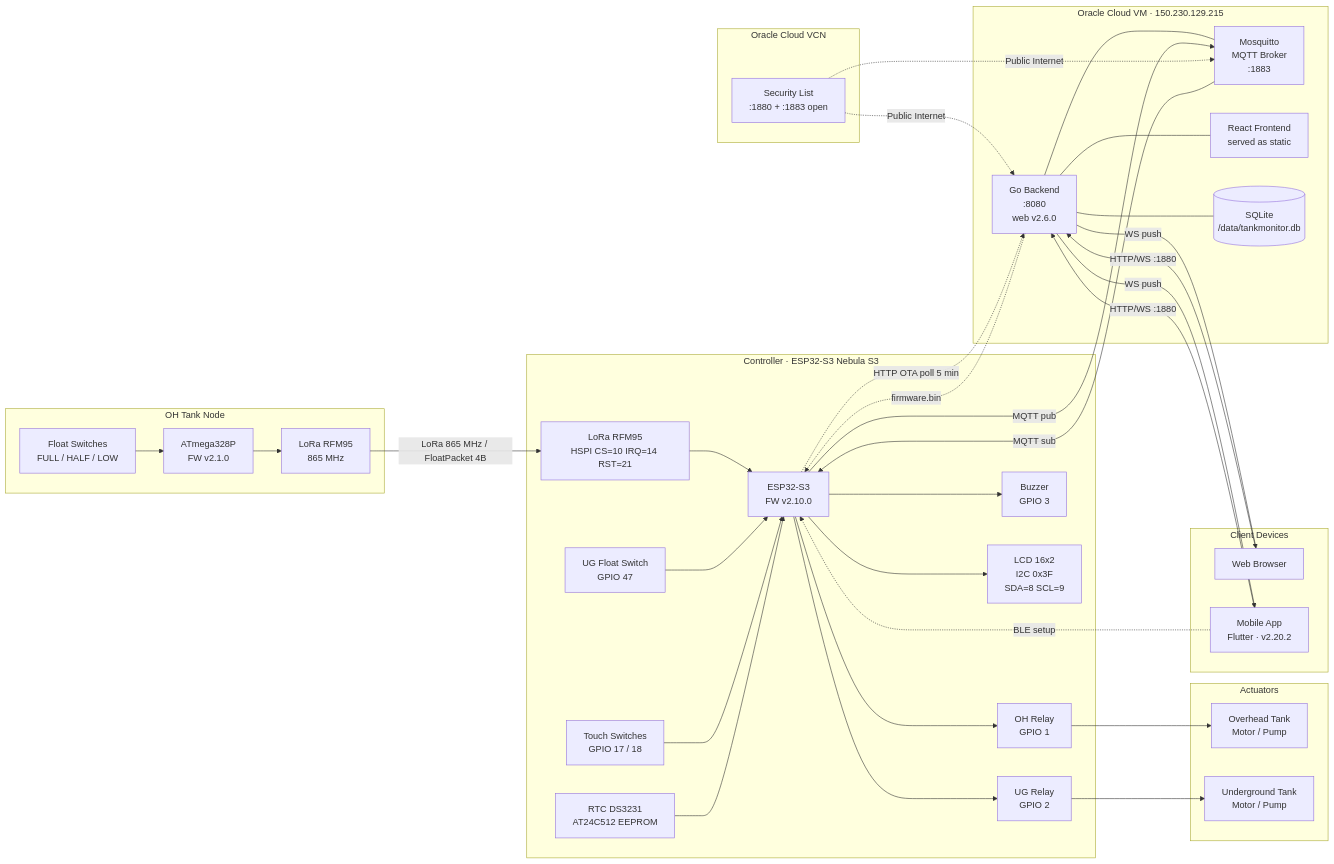
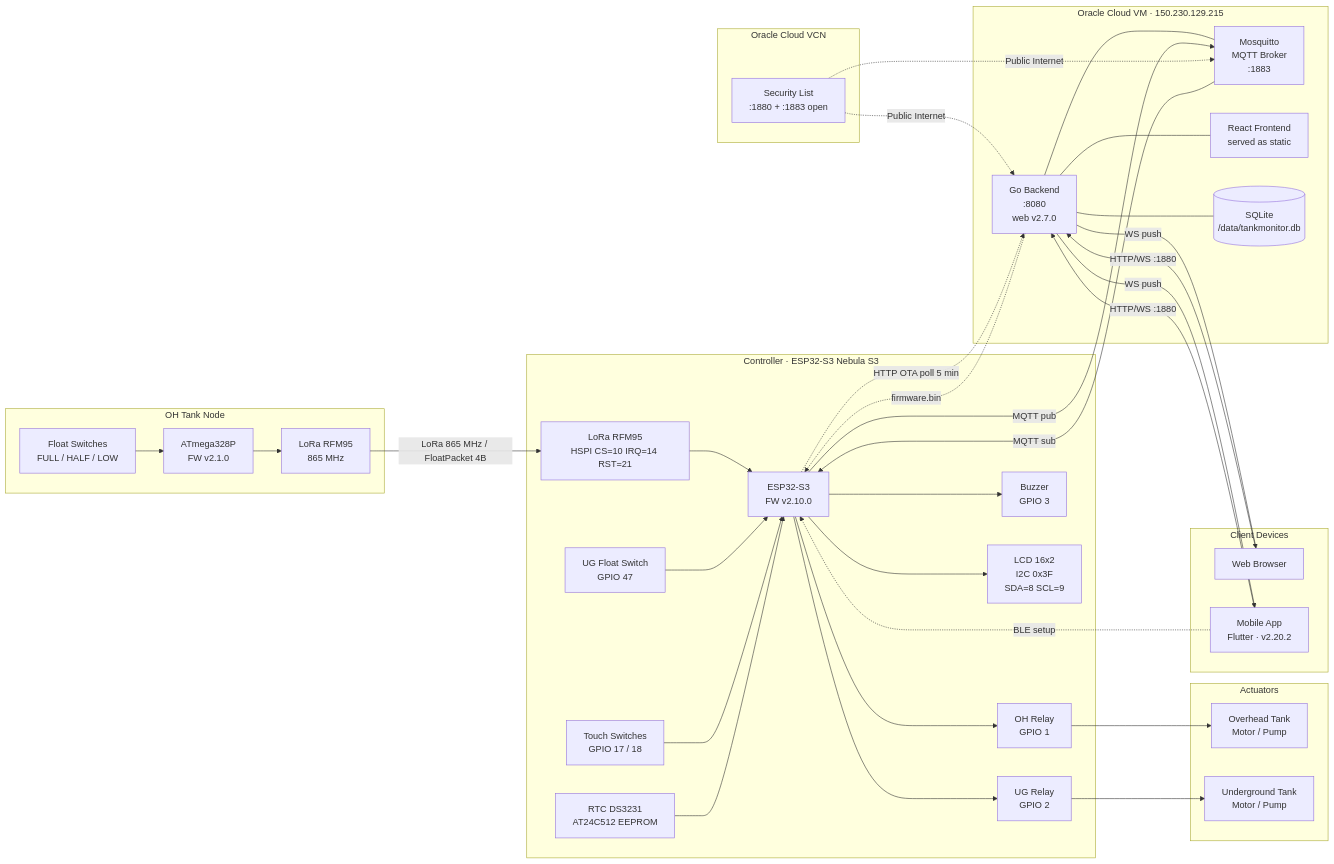
The second of 2 diagrams in README.md (nperiannan/TankMonitor), drawn with Mermaid before and after one commit. The commit also changed other lines of this file and 2 other files, not shown here.

Commit message:
web: Bento Grid dashboard redesign (v2.7.0)
- New asymmetric dashboard grid: hero tank card (2 BentoTankRows) + System/Uptime stat tiles
- Single indigo (#6366f1) accent color replaces green/blue across TankCircle, ConfigProvider token, buttons
- New dark/light bento color palette (#0b0b0e/#f4f4f7 bg, #131317/#ffffff cards)
- Header redesigned with section nav pills (dashboard/history/settings/system) anchor-linked to Card ids
- Border radius bumped 12->20 across all Card sections for visual consistency
- LoginPage re-themed to match bento palette
- Removed dead TankCard/MotorPill components (replaced by BentoTankRow)
- Bumped web version to 2.7.0 (backend + frontend)

````diff
--- a/README.md
+++ b/README.md
@@ -39,72 +39,72 @@
 ```mermaid
 flowchart LR
     subgraph OH_Node["OH Tank Node"]
         F_OH["Float Switches\nFULL / HALF / LOW"]
         TXmcu["ATmega328P\nFW v2.1.0"]
         TXlora["LoRa RFM95\n865 MHz"]
         F_OH --> TXmcu --> TXlora
     end
 
     subgraph ESP32["Controller · ESP32-S3 Nebula S3"]
         RXlora["LoRa RFM95\nHSPI CS=10 IRQ=14 RST=21"]
         F_UG["UG Float Switch\nGPIO 47"]
         TOUCH["Touch Switches\nGPIO 17 / 18"]
         MCU["ESP32-S3\nFW v2.10.0"]
         R_OH["OH Relay\nGPIO 1"]
         R_UG["UG Relay\nGPIO 2"]
         BUZ["Buzzer\nGPIO 3"]
         LCD["LCD 16x2\nI2C 0x3F\nSDA=8 SCL=9"]
         RTC["RTC DS3231\nAT24C512 EEPROM"]
 
         RXlora --> MCU
         F_UG --> MCU
         TOUCH --> MCU
         RTC --> MCU
         MCU --> R_OH
         MCU --> R_UG
         MCU --> BUZ
         MCU --> LCD
     end
 
     subgraph Actuators["Actuators"]
         OH_M["Overhead Tank\nMotor / Pump"]
         UG_M["Underground Tank\nMotor / Pump"]
     end
 
     subgraph OCI["Oracle Cloud VM · 150.230.129.215"]
         MQ["Mosquitto\nMQTT Broker\n:1883"]
-        GO["Go Backend\n:8080\nweb v2.6.0"]
+        GO["Go Backend\n:8080\nweb v2.7.0"]
         STATIC["React Frontend\nserved as static"]
         DB[("SQLite\n/data/tankmonitor.db")]
         GO --- MQ
         GO --- DB
         GO --- STATIC
     end
 
     subgraph Cloud["Oracle Cloud VCN"]
         PF["Security List\n:1880 + :1883 open"]
     end
 
     subgraph Clients["Client Devices"]
         BROWSER["Web Browser"]
         PHONE["Mobile App\nFlutter · v2.20.2"]
     end
 
     TXlora -->|"LoRa 865 MHz / FloatPacket 4B"| RXlora
     R_OH --> OH_M
     R_UG --> UG_M
 
     MCU -->|"MQTT pub"| MQ
     MQ -->|"MQTT sub"| MCU
     MCU -.->|"HTTP OTA poll 5 min"| GO
     GO -.->|"firmware.bin"| MCU
 
     BROWSER -->|"HTTP/WS :1880"| GO
     GO -->|"WS push"| BROWSER
     PHONE -->|"HTTP/WS :1880"| GO
     GO -->|"WS push"| PHONE
     PHONE -.->|"BLE setup"| MCU
 
     PF -.->|"Public Internet"| GO
     PF -.->|"Public Internet"| MQ
 ```
````
